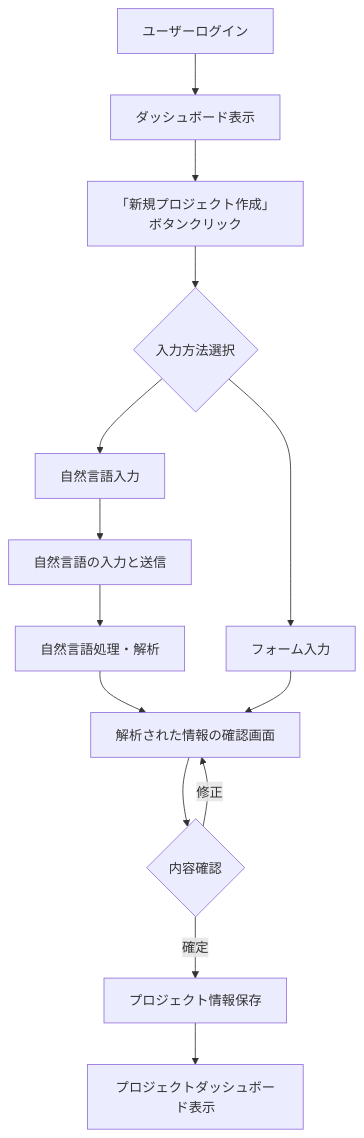
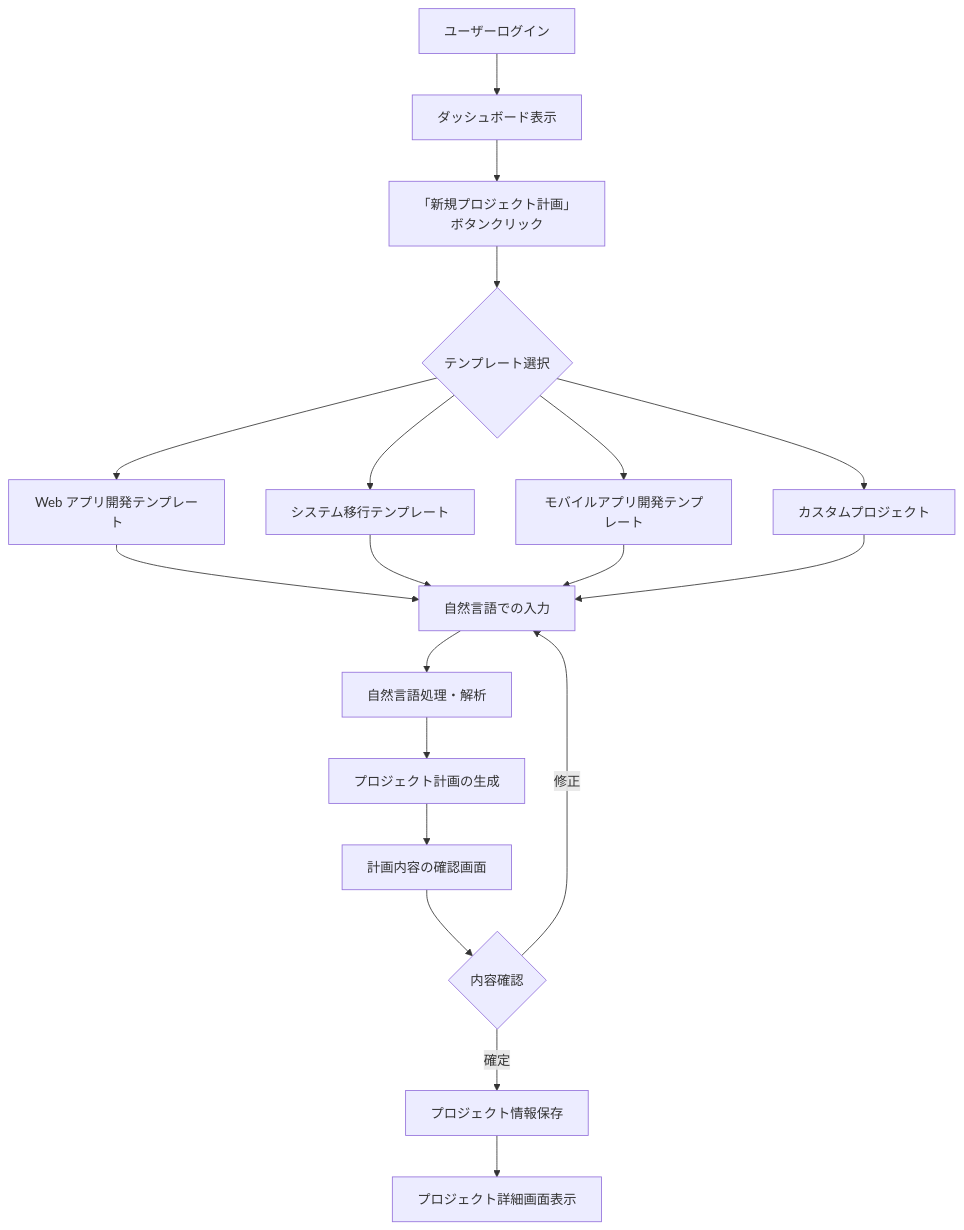
The first of 5 diagrams in docs/user-flows.md (akhayash/copilot-code-sample), drawn with Mermaid before and after one commit. The commit also changed other lines of this file and 5 other files, not shown here.

````diff
--- a/docs/user-flows.md
+++ b/docs/user-flows.md
@@ -5,16 +5,21 @@
 ```mermaid
 flowchart TD
     A[ユーザーログイン] --> B[ダッシュボード表示]
-    B --> C[「新規プロジェクト作成」ボタンクリック]
-    C --> D{入力方法選択}
-    D --> E[自然言語入力]
-    D --> F[フォーム入力]
-    E --> G[自然言語の入力と送信]
-    G --> H[自然言語処理・解析]
-    H --> I[解析された情報の確認画面]
+    B --> C[「新規プロジェクト計画」ボタンクリック]
+    C --> D{テンプレート選択}
+    D --> E[Web アプリ開発テンプレート]
+    D --> F[システム移行テンプレート]
+    D --> G[モバイルアプリ開発テンプレート]
+    D --> H[カスタムプロジェクト]
+    E --> I[自然言語での入力]
     F --> I
-    I --> J{内容確認}
-    J -- 修正 --> I
-    J -- 確定 --> K[プロジェクト情報保存]
-    K --> L[プロジェクトダッシュボード表示]
+    G --> I
+    H --> I
+    I --> J[自然言語処理・解析]
+    J --> K[プロジェクト計画の生成]
+    K --> L[計画内容の確認画面]
+    L --> M{内容確認}
+    M -- 修正 --> I
+    M -- 確定 --> N[プロジェクト情報保存]
+    N --> O[プロジェクト詳細画面表示]
 ```
````
